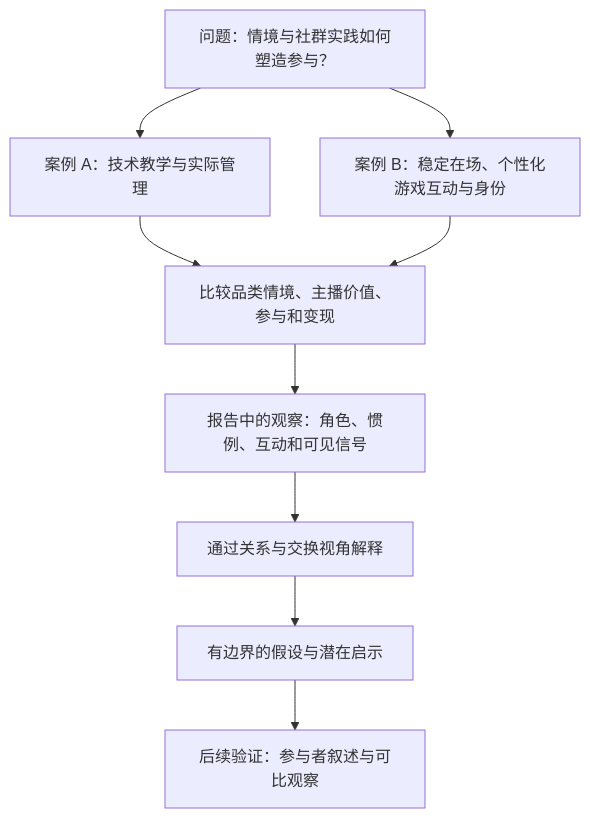
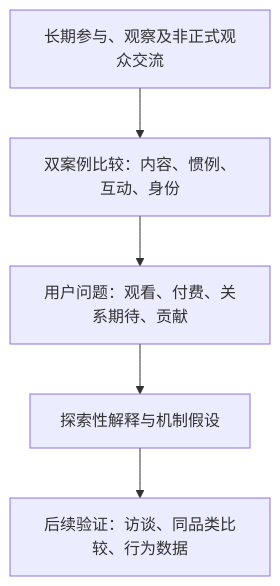
Before and after one commit to 7776870613/gaming-livestream-community-research: the diagram in docs/zh/RESEARCH_PROCESS.md, drawn with Mermaid. The commit also changed other lines of this file, not shown here.

````diff
--- a/docs/zh/RESEARCH_PROCESS.md
+++ b/docs/zh/RESEARCH_PROCESS.md
@@ -56,12 +48,7 @@
 ```mermaid
 flowchart TD
-    Q["问题：情境与社群实践如何塑造参与？"]
-    Q --> A["案例 A：技术教学与实际管理"]
-    Q --> B["案例 B：稳定在场、个性化游戏互动与身份"]
-    A --> C["比较品类情境、主播价值、参与和变现"]
-    B --> C
-    C --> O["报告中的观察：角色、惯例、互动和可见信号"]
-    O --> I["通过关系与交换视角解释"]
-    I --> H["有边界的假设与潜在启示"]
-    H --> V["后续验证：参与者叙述与可比观察"]
+    A["长期参与、观察及非正式观众交流"] --> B["双案例比较：内容、惯例、互动、身份"]
+    B --> C["用户问题：观看、付费、关系期待、贡献"]
+    C --> D["探索性解释与机制假设"]
+    D --> E["后续验证：访谈、同品类比较、行为数据"]
 ```
````
